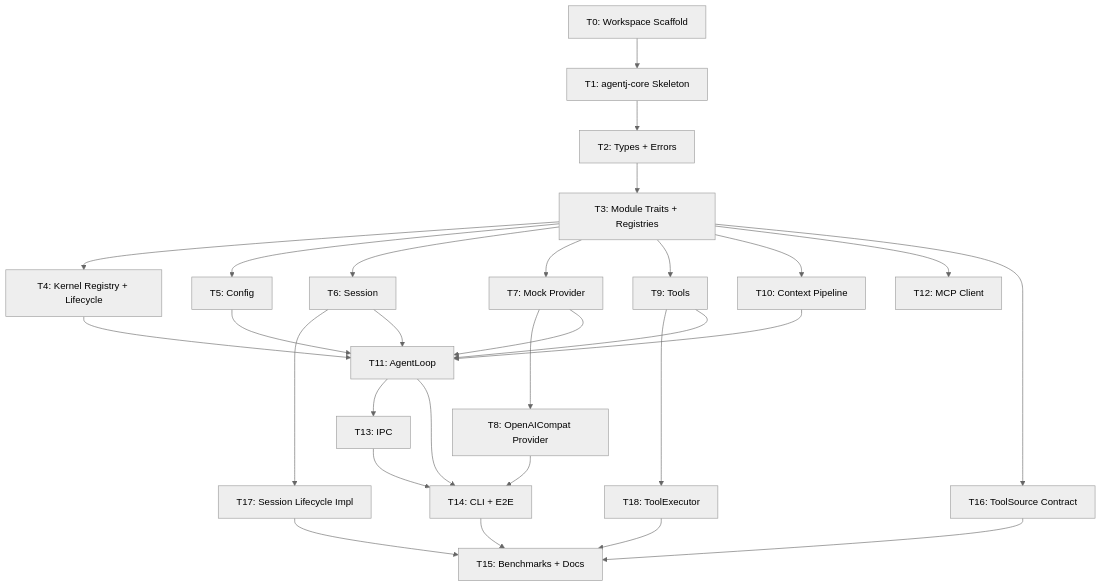
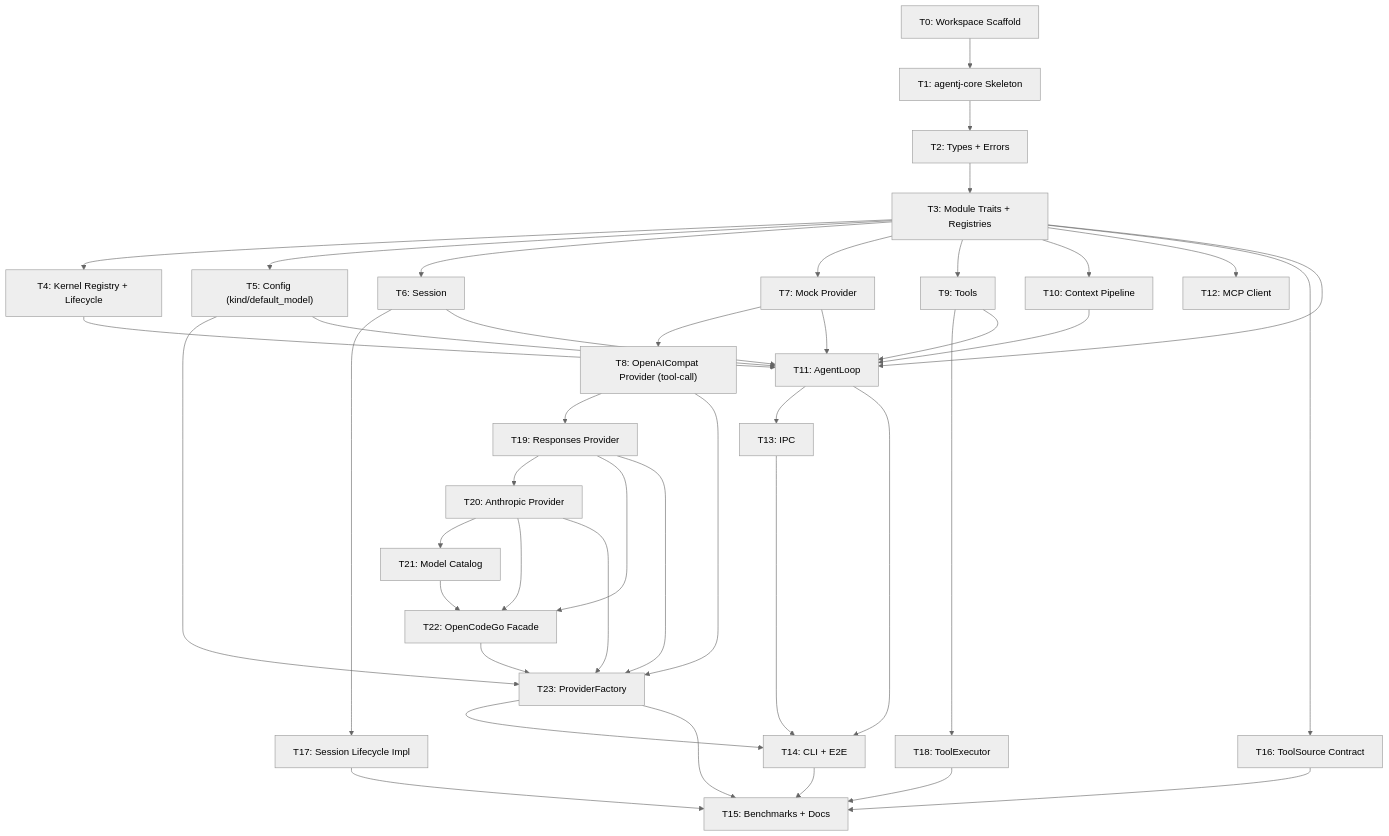
The diagram in docs/superpowers/plans/2026-08-09-agentj-v0.1-plan.md (JeillZhang/agentj), drawn with Mermaid (neutral theme) before and after one commit. The commit also changed other lines of this file and 1 other file, not shown here.

First line of the commit message:
docs: add opencode-go model provider support to v0.1 design and plan

````diff
--- a/docs/superpowers/plans/2026-08-09-agentj-v0.1-plan.md
+++ b/docs/superpowers/plans/2026-08-09-agentj-v0.1-plan.md
@@ -3787,31 +5245,44 @@
 ```mermaid
 graph TD
     T0["T0: Workspace Scaffold"] --> T1["T1: agentj-core Skeleton"]
     T1 --> T2["T2: Types + Errors"]
     T2 --> T3["T3: Module Traits + Registries"]
     T3 --> T4["T4: Kernel Registry + Lifecycle"]
-    T3 --> T5["T5: Config"]
+    T3 --> T5["T5: Config (kind/default_model)"]
     T3 --> T6["T6: Session"]
     T3 --> T7["T7: Mock Provider"]
     T3 --> T9["T9: Tools"]
     T3 --> T10["T10: Context Pipeline"]
     T3 --> T12["T12: MCP Client"]
     T3 --> T16["T16: ToolSource Contract"]
     T6 --> T17["T17: Session Lifecycle Impl"]
     T9 --> T18["T18: ToolExecutor"]
-    T7 --> T8["T8: OpenAICompat Provider"]
+    T7 --> T8["T8: OpenAICompat Provider (tool-call)"]
+    T8 --> T19["T19: Responses Provider"]
+    T19 --> T20["T20: Anthropic Provider"]
+    T20 --> T21["T21: Model Catalog"]
+    T21 --> T22["T22: OpenCodeGo Facade"]
+    T19 --> T22
+    T20 --> T22
+    T5 --> T23["T23: ProviderFactory"]
+    T8 --> T23
+    T19 --> T23
+    T20 --> T23
+    T22 --> T23
     T4 --> T11["T11: AgentLoop"]
+    T3 --> T11
     T5 --> T11
     T6 --> T11
     T7 --> T11
     T9 --> T11
     T10 --> T11
     T11 --> T13["T13: IPC"]
     T11 --> T14["T14: CLI + E2E"]
-    T8 --> T14
+    T23 --> T14
     T13 --> T14
     T14 --> T15["T15: Benchmarks + Docs"]
     T16 --> T15
     T17 --> T15
     T18 --> T15
+    T23 --> T15
 ```
````
